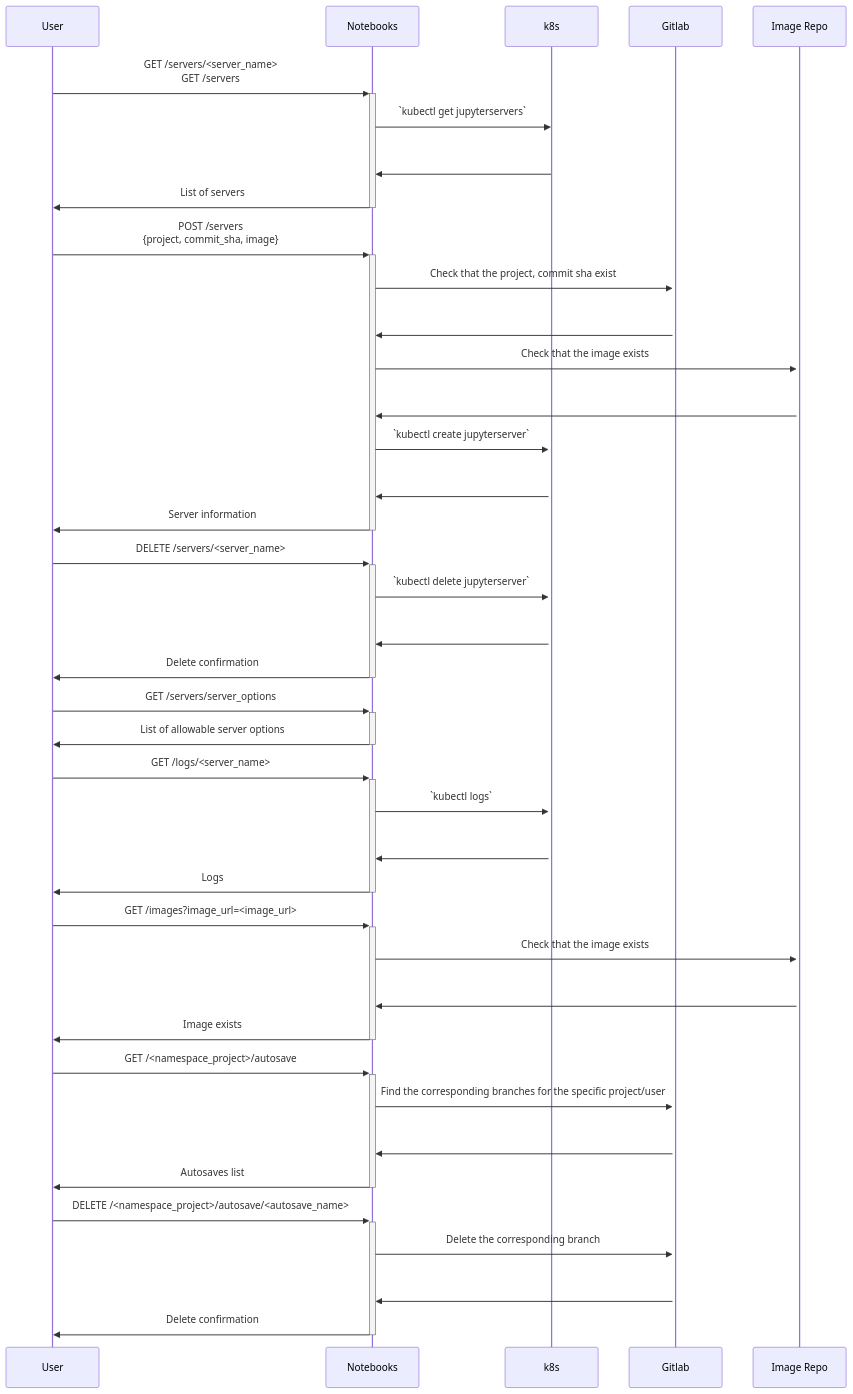
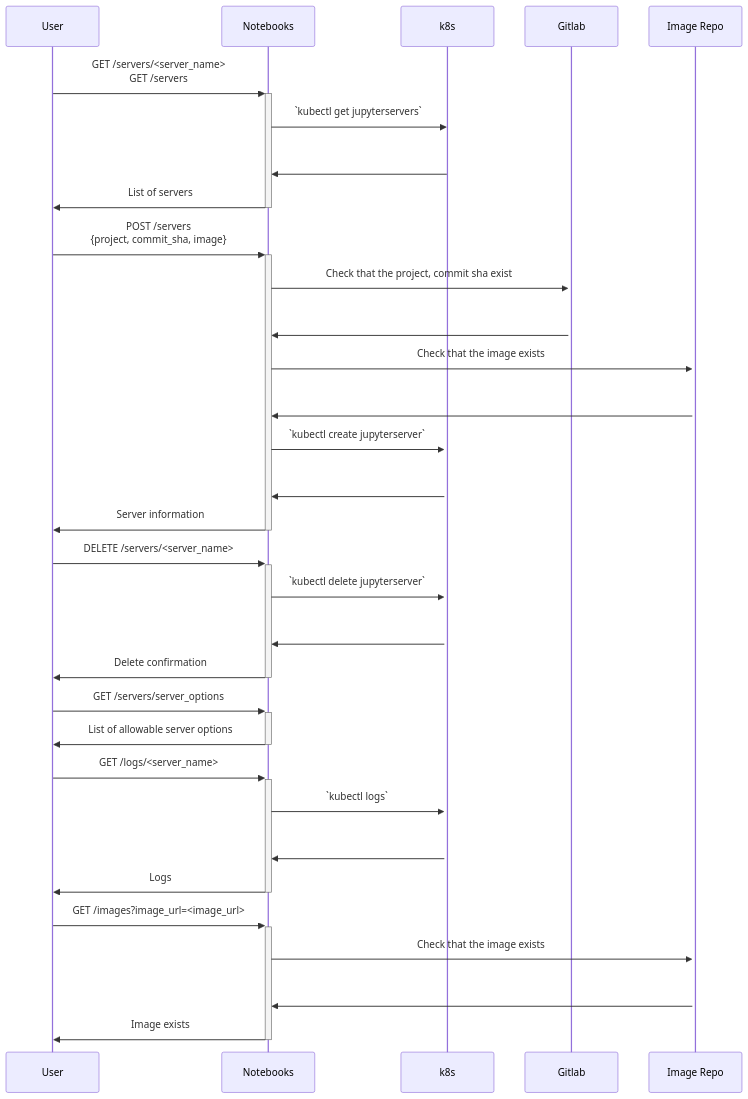
One commit to SwissDataScienceCenter/renku-notebooks changed the diagram in README.md. Above: the diagram before and after it, drawn with Mermaid. The commit also changed 12 other files, not shown here.

````diff
--- a/README.md
+++ b/README.md
@@ -41,42 +41,34 @@
 ```mermaid
   sequenceDiagram
     participant User
     participant Notebooks
     participant k8s
     participant Gitlab
     participant Image Repo
     User->>+Notebooks: GET /servers/<server_name><br>GET /servers
     Notebooks->>k8s: `kubectl get jupyterservers`
     k8s->>Notebooks: <br>
     Notebooks->>-User: List of servers
     User->>+Notebooks: POST /servers<br>{project, commit_sha, image}
     Notebooks->>+Gitlab: Check that the project, commit sha exist
     Gitlab->>Notebooks: <br>
     Notebooks->>+Image Repo: Check that the image exists
     Image Repo->>Notebooks: <br>
     Notebooks->>+k8s: `kubectl create jupyterserver`
     k8s->>Notebooks: <br>
     Notebooks->>-User: Server information
     User->>+Notebooks: DELETE /servers/<server_name>
     Notebooks->>k8s: `kubectl delete jupyterserver`
     k8s->>Notebooks: <br>
     Notebooks->>-User: Delete confirmation
     User->>+Notebooks: GET /servers/server_options
     Notebooks->>-User: List of allowable server options
     User->>+Notebooks: GET /logs/<server_name>
     Notebooks->>k8s: `kubectl logs`
     k8s->>Notebooks: <br>
     Notebooks->>-User: Logs
     User->>+Notebooks: GET /images?image_url=<image_url>
     Notebooks->>+Image Repo: Check that the image exists
     Image Repo->>Notebooks: <br>
     Notebooks->>-User: Image exists
-    User->>+Notebooks: GET /<namespace_project>/autosave
-    Notebooks->>+Gitlab: Find the corresponding branches for the specific project/user
-    Gitlab->>Notebooks: <br>
-    Notebooks->>-User: Autosaves list
-    User->>+Notebooks: DELETE /<namespace_project>/autosave/<autosave_name>
-    Notebooks->>+Gitlab: Delete the corresponding branch
-    Gitlab->>Notebooks: <br>
-    Notebooks->>-User: Delete confirmation
 ```
````
